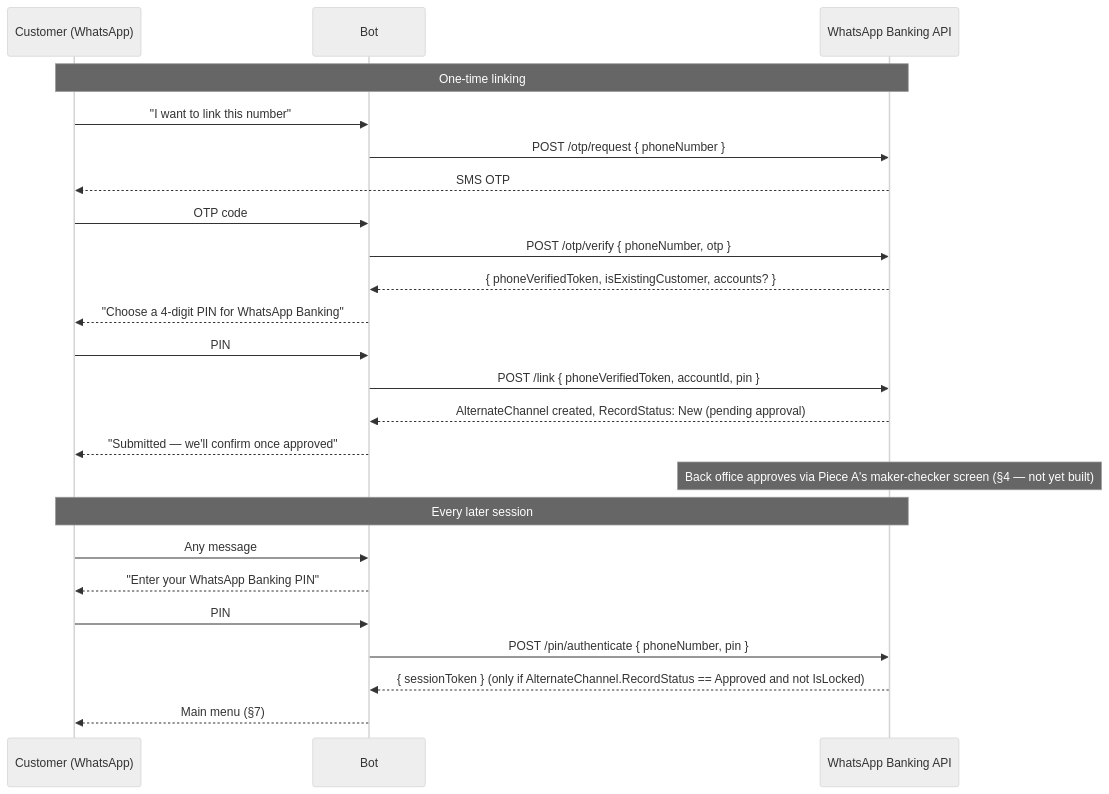
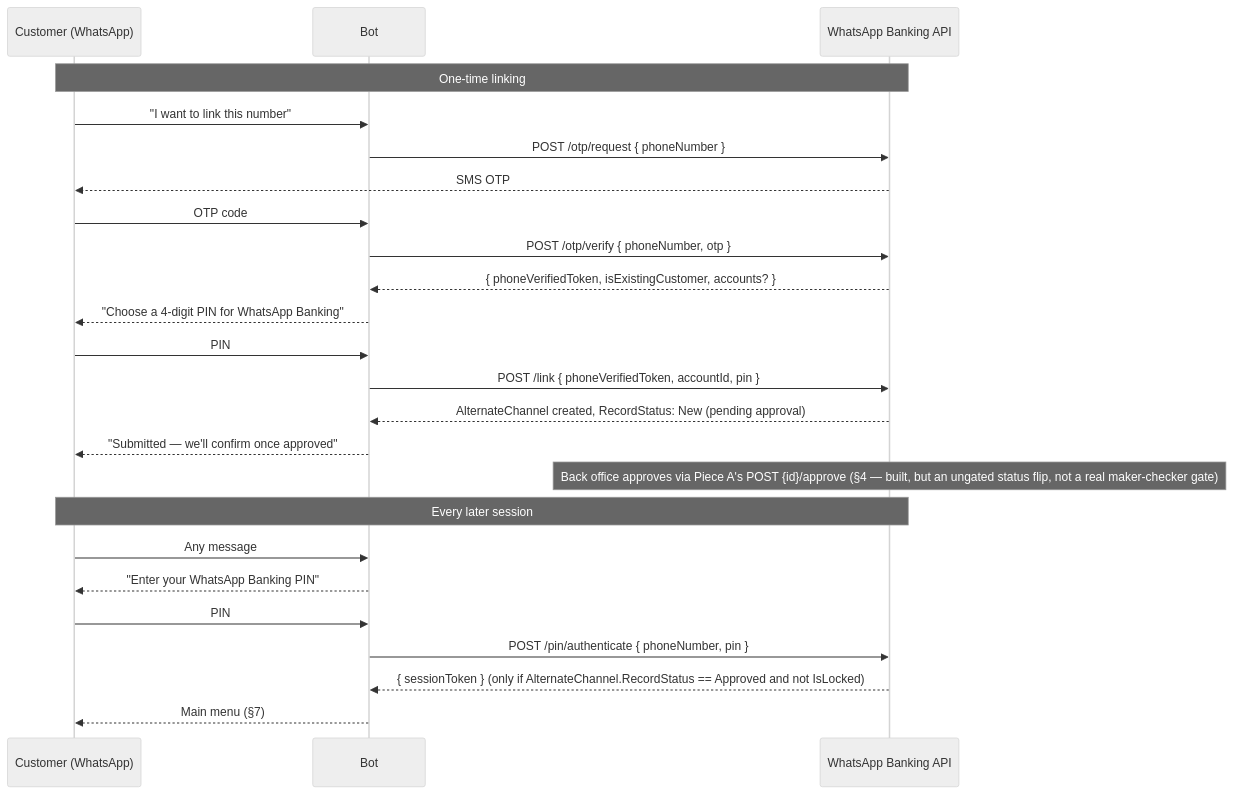
One commit to calvince-swizzsoft/Swift-Financials-FOSA changed the second of 4 diagrams in WebApplication1/Areas/WhatsAppBanking/WORKFLOW.md. Above: the diagram before and after it, drawn with Mermaid (neutral theme). The commit also changed other lines of this file and 4 other files, not shown here.

````diff
--- a/WebApplication1/Areas/WhatsAppBanking/WORKFLOW.md
+++ b/WebApplication1/Areas/WhatsAppBanking/WORKFLOW.md
@@ -237,28 +283,28 @@
 ```mermaid
 sequenceDiagram
     participant C as Customer (WhatsApp)
     participant B as Bot
     participant A as WhatsApp Banking API
 
     Note over C,A: One-time linking
     C->>B: "I want to link this number"
     B->>A: POST /otp/request { phoneNumber }
     A-->>C: SMS OTP
     C->>B: OTP code
     B->>A: POST /otp/verify { phoneNumber, otp }
     A-->>B: { phoneVerifiedToken, isExistingCustomer, accounts? }
     B-->>C: "Choose a 4-digit PIN for WhatsApp Banking"
     C->>B: PIN
     B->>A: POST /link { phoneVerifiedToken, accountId, pin }
     A-->>B: AlternateChannel created, RecordStatus: New (pending approval)
     B-->>C: "Submitted — we'll confirm once approved"
-    Note over A: Back office approves via Piece A's maker-checker screen (§4 — not yet built)
+    Note over A: Back office approves via Piece A's POST {id}/approve (§4 — built, but an ungated status flip, not a real maker-checker gate)
 
     Note over C,A: Every later session
     C->>B: Any message
     B-->>C: "Enter your WhatsApp Banking PIN"
     C->>B: PIN
     B->>A: POST /pin/authenticate { phoneNumber, pin }
     A-->>B: { sessionToken } (only if AlternateChannel.RecordStatus == Approved and not IsLocked)
     B-->>C: Main menu (§7)
 ```
````
